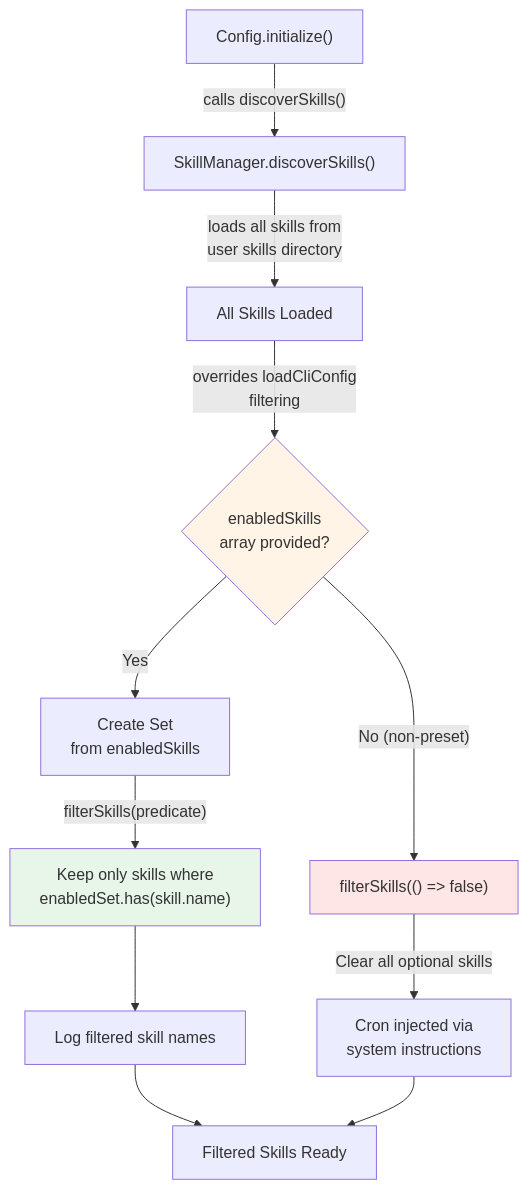
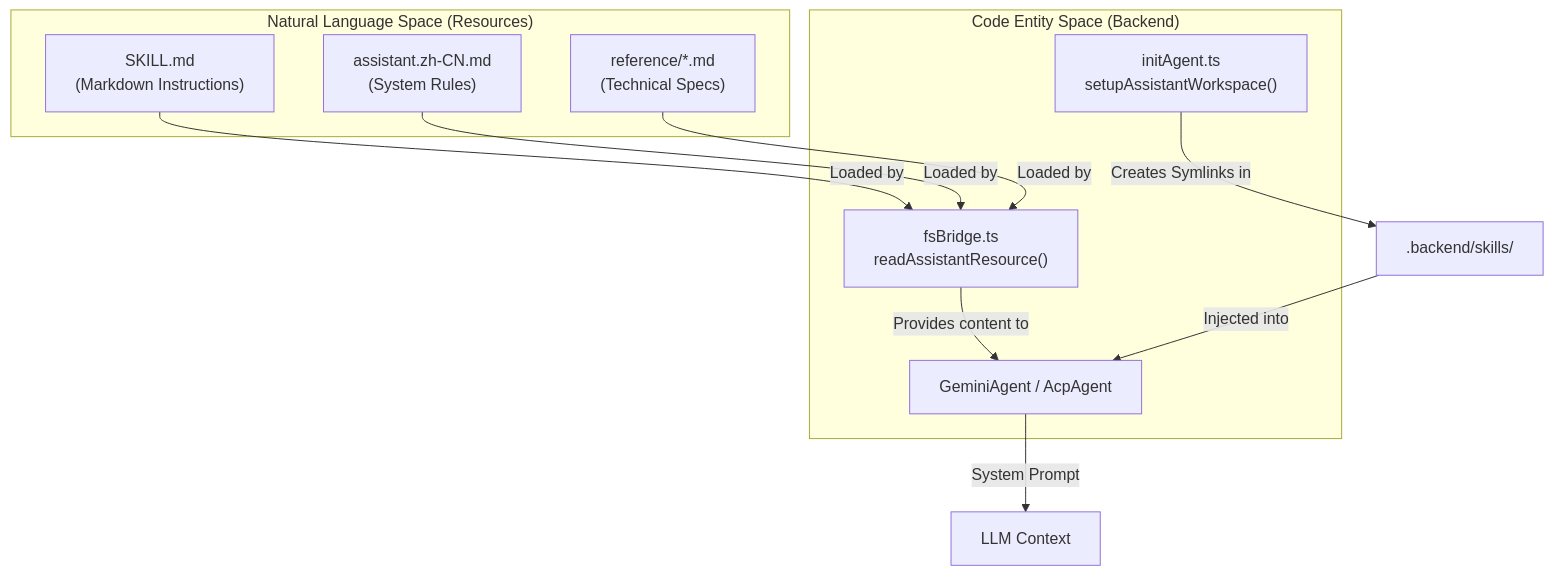
Before and after one commit to blackcater/zentree: the first of 2 diagrams in docs/iOfficeAI_AionUi/ai-agent-systems/assistant-presets-and-skills.md, drawn with Mermaid. The commit also changed other lines of this file and 232 other files, not shown here.

````diff
--- a/docs/iOfficeAI_AionUi/ai-agent-systems/assistant-presets-and-skills.md
+++ b/docs/iOfficeAI_AionUi/ai-agent-systems/assistant-presets-and-skills.md
@@ -192,22 +125,25 @@
 ```mermaid
 graph TD
-    START["Config.initialize()"]
-    START -->|"calls discoverSkills()"| DISCOVER["SkillManager.discoverSkills()"]
-    DISCOVER -->|"loads all skills from<br/>user skills directory"| ALLSKILLS["All Skills Loaded"]
+    subgraph "Natural Language Space (Resources)"
+        MD_SKILL["SKILL.md<br/>(Markdown Instructions)"]
+        MD_RULES["assistant.zh-CN.md<br/>(System Rules)"]
+        REF_DOCS["reference/*.md<br/>(Technical Specs)"]
+    end
 
-    ALLSKILLS -->|"overrides loadCliConfig<br/>filtering"| CHECK{"enabledSkills<br/>array provided?"}
+    subgraph "Code Entity Space (Backend)"
+        FS_BRIDGE["fsBridge.ts<br/>readAssistantResource()"]
+        INIT_AGENT["initAgent.ts<br/>setupAssistantWorkspace()"]
+        AGENT_IMPL["GeminiAgent / AcpAgent"]
+    end
 
-    CHECK -->|Yes| CREATESET["Create Set<string><br/>from enabledSkills"]
-    CREATESET -->|"filterSkills(predicate)"| FILTERYES["Keep only skills where<br/>enabledSet.has(skill.name)"]
-    FILTERYES --> LOGYES["Log filtered skill names"]
-
-    CHECK -->|"No (non-preset)"| FILTERALL["filterSkills(() => false)"]
-    FILTERALL -->|"Clear all optional skills"| LOGNO["Cron injected via<br/>system instructions"]
-
-    LOGYES --> DONE["Filtered Skills Ready"]
-    LOGNO --> DONE
-
-    style CHECK fill:#fff4e6
-    style FILTERYES fill:#e8f5e9
-    style FILTERALL fill:#ffe6e6
+    MD_SKILL -->|"Loaded by"| FS_BRIDGE
+    MD_RULES -->|"Loaded by"| FS_BRIDGE
+    REF_DOCS -->|"Loaded by"| FS_BRIDGE
+    
+    FS_BRIDGE -->|"Provides content to"| AGENT_IMPL
+    
+    INIT_AGENT -->|"Creates Symlinks in"| WORKSPACE[".backend/skills/"]
+    WORKSPACE -->|"Injected into"| AGENT_IMPL
+    
+    AGENT_IMPL -->|"System Prompt"| LLM["LLM Context"]
 ```
````
